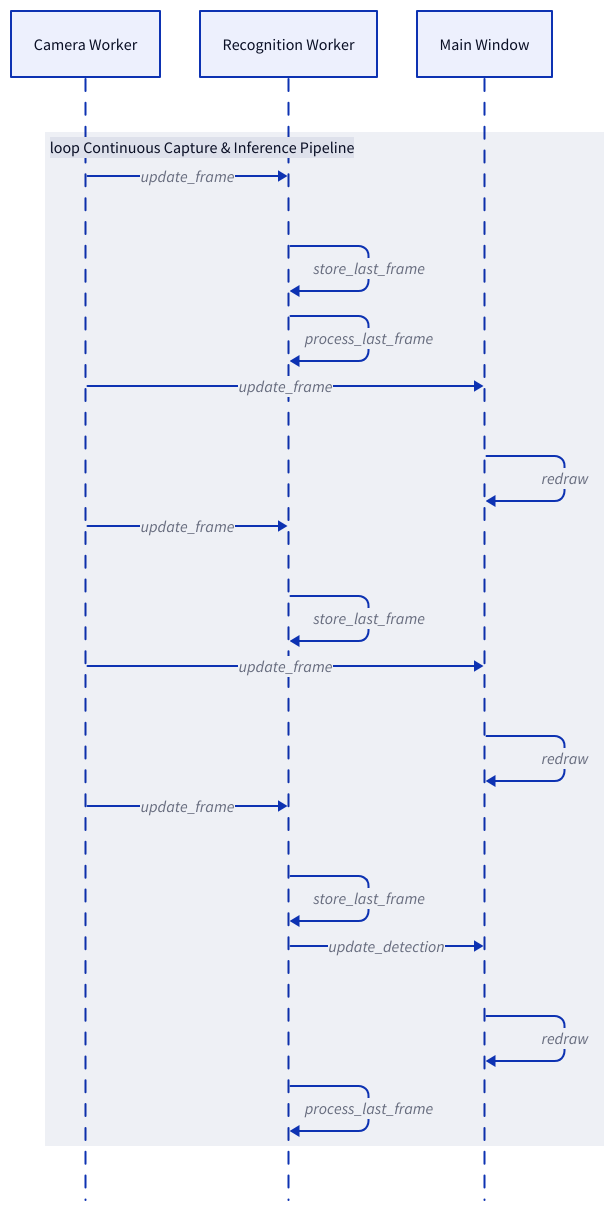
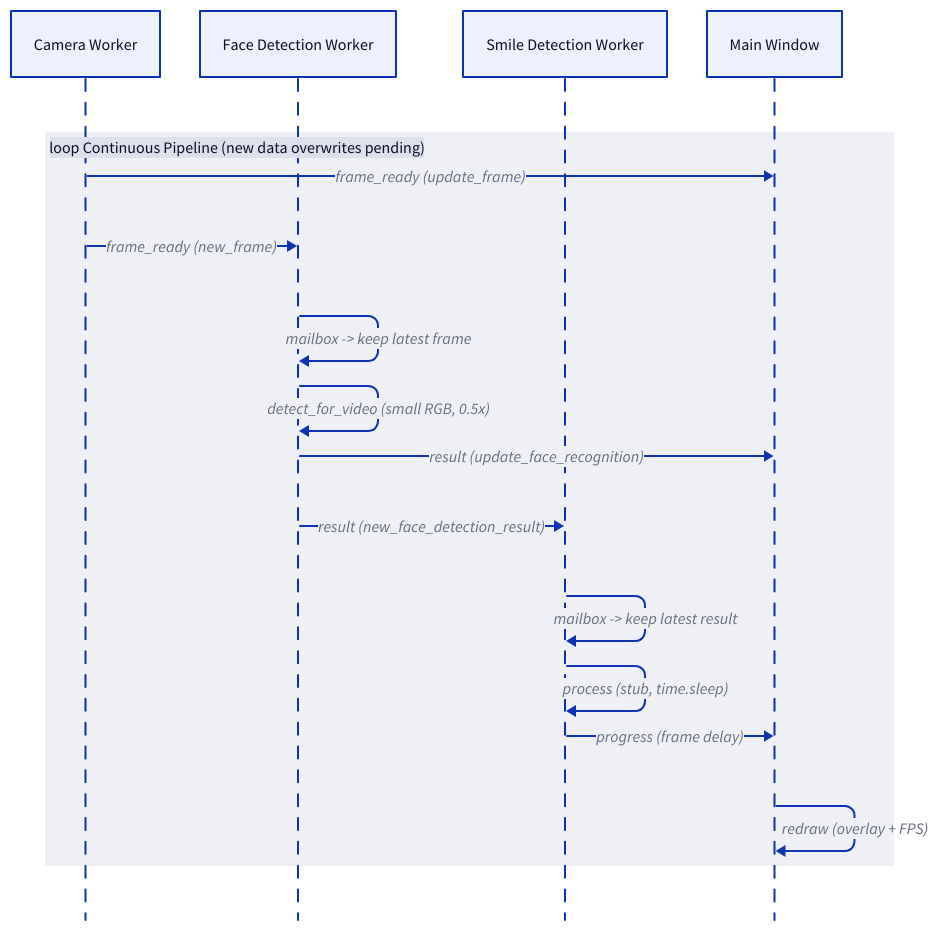
The diagram in docs/workflow.d2 (dmi3s/smile), drawn with D2 before and after one commit. The commit also changed 1 other file, not shown here.

Commit message:
docs(DOC): update pipeline diagram and README structure

```diff
--- a/docs/workflow.d2
+++ b/docs/workflow.d2
@@ -1,24 +1,19 @@
 #direction: right
 shape: sequence_diagram
 cw: Camera Worker
-rw: Recognition Worker
+fw: Face Detection Worker
+sw: Smile Detection Worker
 gui: Main Window
 
-loop Continuous Capture \& Inference Pipeline {
-    cw -> rw: update_frame
-    rw -> rw: store_last_frame
-    rw -> rw: process_last_frame
-    cw -> gui: update_frame
-    gui -> gui: redraw
-
-    cw -> rw: update_frame
-    rw -> rw: store_last_frame
-    cw -> gui: update_frame
-    gui -> gui: redraw
-
-    cw -> rw: update_frame
-    rw -> rw: store_last_frame
-    rw -> gui: update_detection
-    gui -> gui: redraw
-    rw -> rw: process_last_frame
+loop Continuous Pipeline (new data overwrites pending) {
+    cw -> gui: frame_ready (update_frame)
+    cw -> fw: frame_ready (new_frame)
+    fw -> fw: mailbox -> keep latest frame
+    fw -> fw: detect_for_video (small RGB, 0.5x)
+    fw -> gui: result (update_face_recognition)
+    fw -> sw: result (new_face_detection_result)
+    sw -> sw: mailbox -> keep latest result
+    sw -> sw: process (stub, time.sleep)
+    sw -> gui: progress (frame delay)
+    gui -> gui: redraw (overlay + FPS)
 }
```
